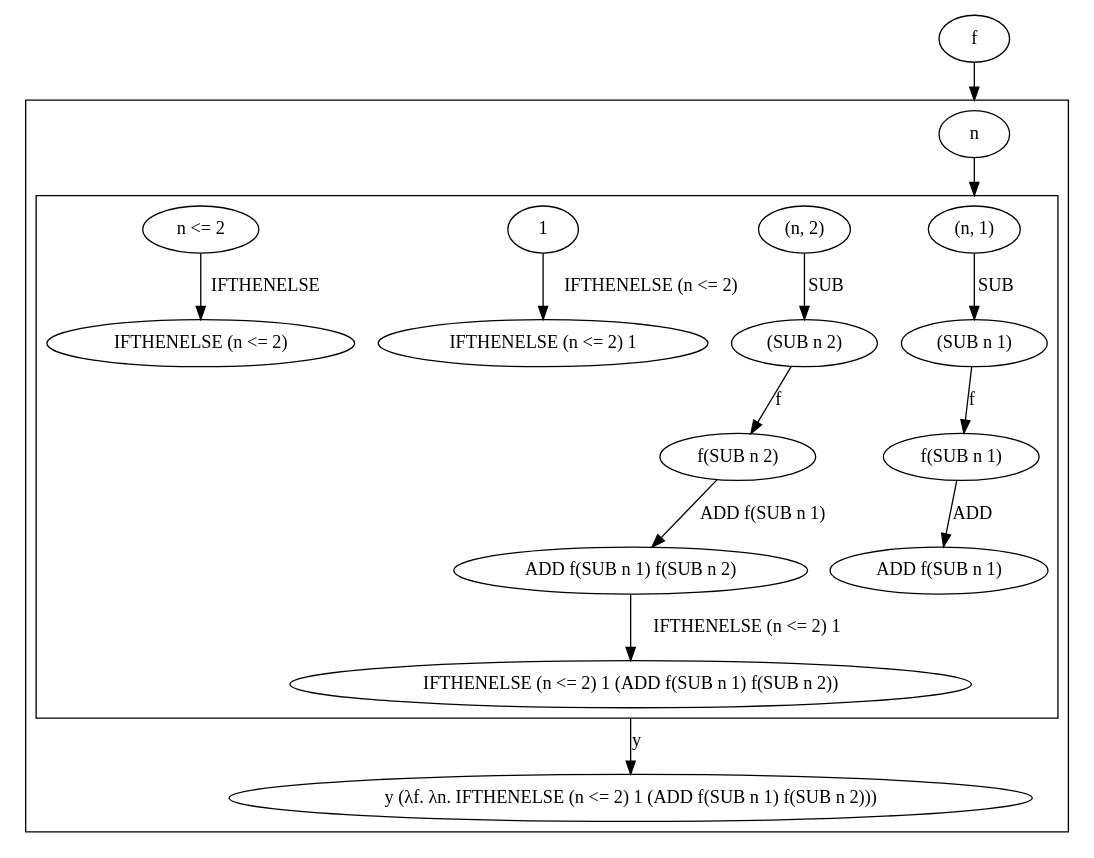
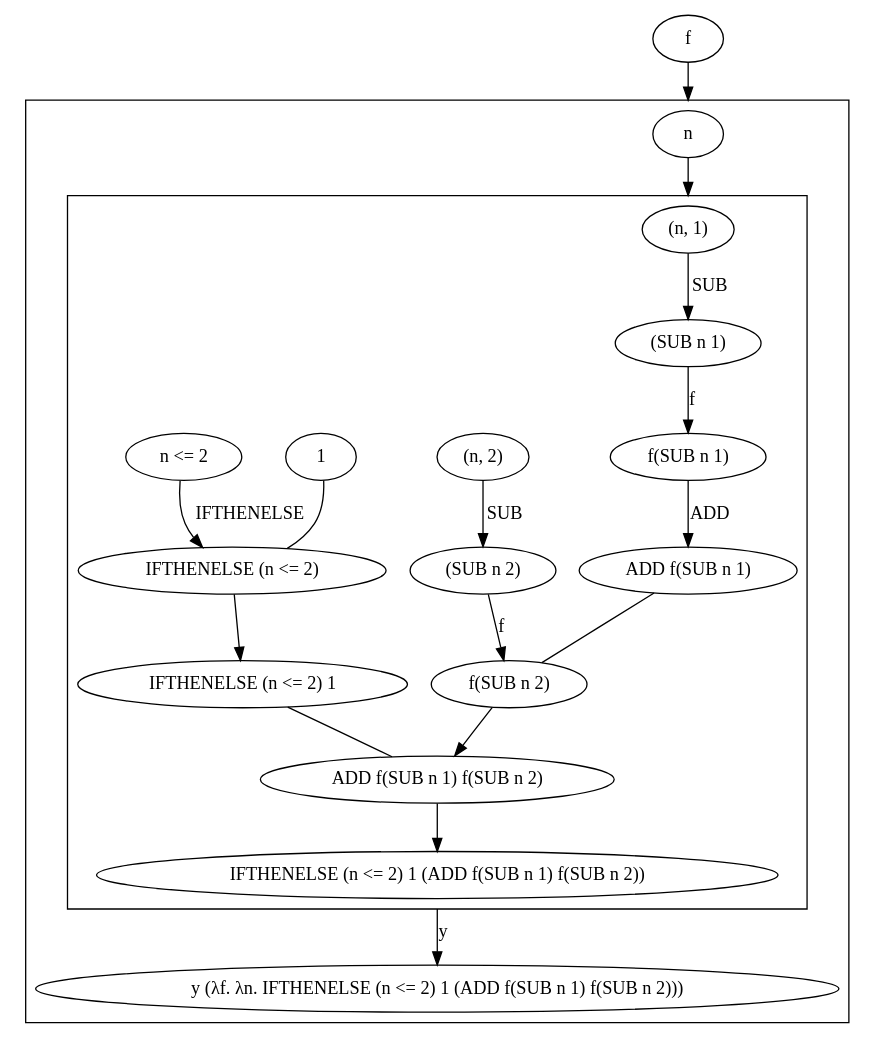
The diagram in lambda-calculus--fibonacci.md (frankymacster/category-theory-graphviz), drawn with Graphviz before and after one commit. The commit also changed other lines of this file, not shown here.

Commit message:
lambda-calculus--fibonacci: edge from node to edge

````diff
--- a/lambda-calculus--fibonacci.md
+++ b/lambda-calculus--fibonacci.md
@@ -7,35 +7,38 @@
 ```graphviz
 digraph G {
   compound="true"
 
   "f"
 
   subgraph cluster0 {
     "0n" [label="n"]
 
     subgraph cluster00 {
       "(n, 1)" -> "(SUB n 1)" [label="SUB"]
       "(SUB n 1)" -> "f(SUB n 1)" [label="f"]
 
       "(n, 2)" -> "(SUB n 2)" [label="SUB"]
       "(SUB n 2)" -> "f(SUB n 2)" [label="f"]
 
       "f(SUB n 1)" -> "ADD f(SUB n 1)" [label="ADD"]
-      "f(SUB n 2)" -> "ADD f(SUB n 1) f(SUB n 2)" [label="ADD f(SUB n 1)"]
+      "ADD f(SUB n 1)" -> "f(SUB n 2)" [dir=none]
+      "f(SUB n 2)" -> "ADD f(SUB n 1) f(SUB n 2)"
 
       "1"
       "n <= 2"
       "ADD f(SUB n 1) f(SUB n 2)"
 
       "n <= 2" -> "IFTHENELSE (n <= 2)" [label="IFTHENELSE"]
-      "1" -> "IFTHENELSE (n <= 2) 1" [label="IFTHENELSE (n <= 2)"]
-      "ADD f(SUB n 1) f(SUB n 2)" -> "IFTHENELSE (n <= 2) 1 (ADD f(SUB n 1) f(SUB n 2))" [label="IFTHENELSE (n <= 2) 1"]
+      "1" -> "IFTHENELSE (n <= 2)" [dir=none]
+      "IFTHENELSE (n <= 2)" -> "IFTHENELSE (n <= 2) 1"
+      "IFTHENELSE (n <= 2) 1" -> "ADD f(SUB n 1) f(SUB n 2)" [dir=none]
+      "ADD f(SUB n 1) f(SUB n 2)" -> "IFTHENELSE (n <= 2) 1 (ADD f(SUB n 1) f(SUB n 2))"
     }
 
     "IFTHENELSE (n <= 2) 1 (ADD f(SUB n 1) f(SUB n 2))" -> "y (λf. λn. IFTHENELSE (n <= 2) 1 (ADD f(SUB n 1) f(SUB n 2)))" [label="y", ltail="cluster00"]
   }
 
   "f" -> "0n" [lhead="cluster0"]
   "0n" -> "(n, 1)" [lhead="cluster00"]
 }
 ```
````
